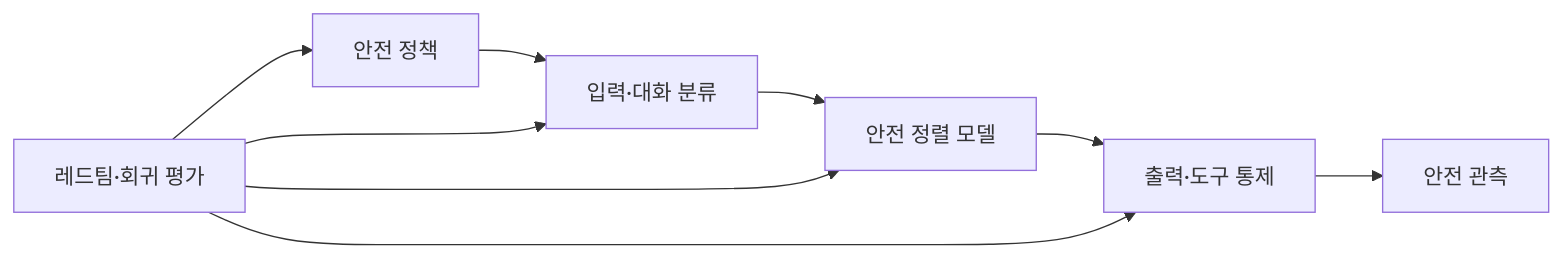
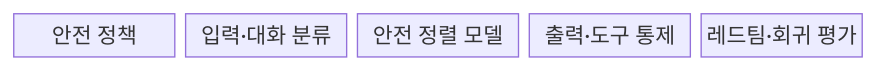
The first of 2 diagrams in src/content/docs/notes/05-security/081_jailbreak_attack.md (agnusdei1207/knowledge-base), drawn with Mermaid before and after one commit. The commit also changed other lines of this file and 6 other files, not shown here.

````diff
--- a/src/content/docs/notes/05-security/081_jailbreak_attack.md
+++ b/src/content/docs/notes/05-security/081_jailbreak_attack.md
@@ -60,11 +60,9 @@
 ```mermaid
-flowchart LR
-    A[안전 정책] --> B[입력·대화 분류]
-    B --> C[안전 정렬 모델]
-    C --> D[출력·도구 통제]
-    D --> E[안전 관측]
-    F[레드팀·회귀 평가] --> A
-    F --> B
-    F --> C
-    F --> D
+block-beta
+  columns 5
+  A["안전 정책"]
+  B["입력·대화 분류"]
+  C["안전 정렬 모델"]
+  D["출력·도구 통제"]
+  E["레드팀·회귀 평가"]
 ```
````
